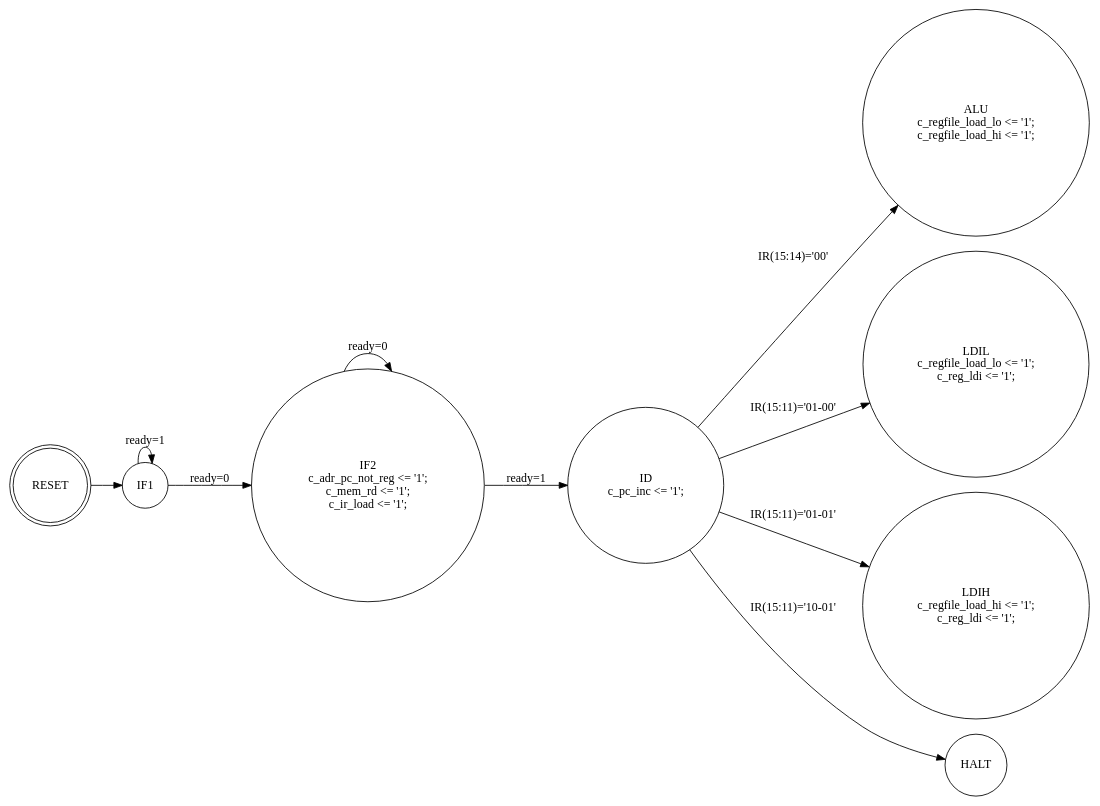
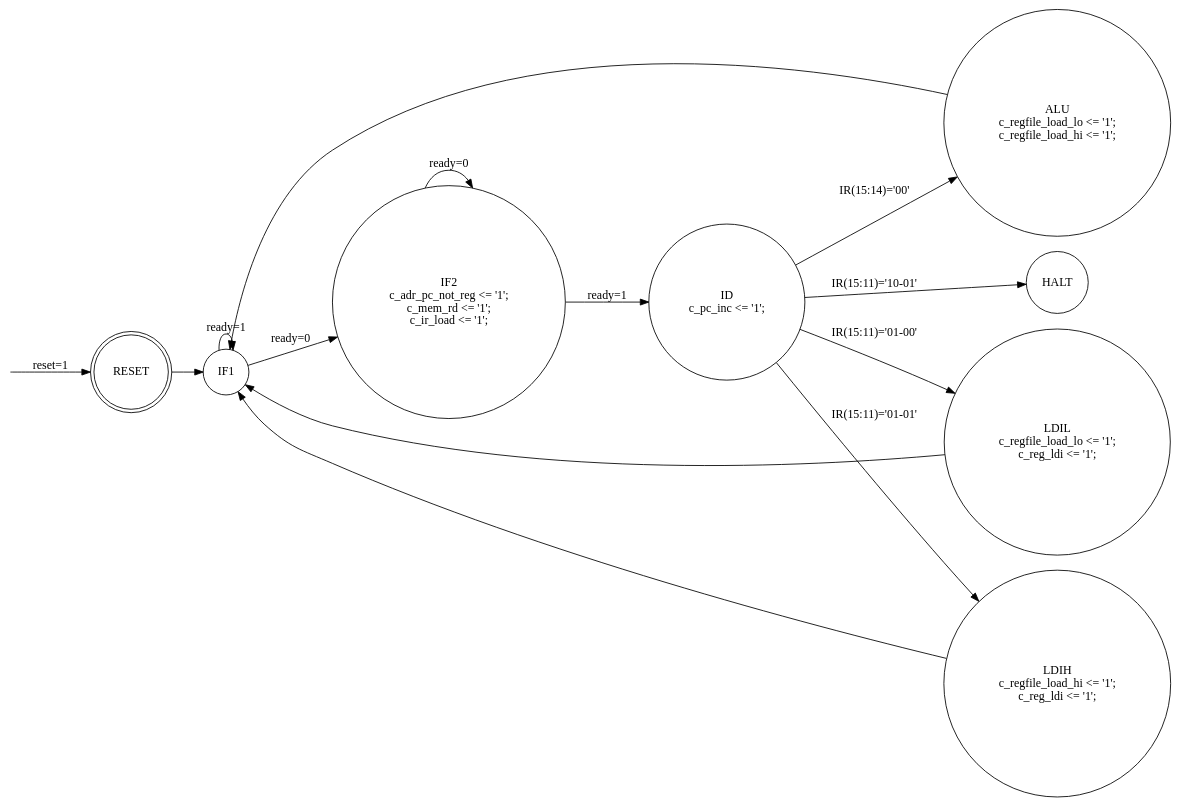
The diagram in controller/state_transition_diagram.dot (kohnmart/hws-viscy-praktikum), drawn with Graphviz before and after one commit. The commit also changed 2 other files, not shown here.

```diff
--- a/controller/state_transition_diagram.dot
+++ b/controller/state_transition_diagram.dot
@@ -1,24 +1,29 @@
 digraph StateTransitionDiagram {
     rankdir=LR;  // Set the direction from left to right (LR)
 
     // Define the states
     reset [shape=doublecircle, label="RESET"];
     if1 [shape=circle, label="IF1"];
     if2 [shape=circle, label="IF2\nc_adr_pc_not_reg <= '1';\nc_mem_rd <= '1';\nc_ir_load <= '1';"];
     id [shape=circle, label="ID\nc_pc_inc <= '1';"];
     alu [shape=circle, label="ALU\nc_regfile_load_lo <= '1';\nc_regfile_load_hi <= '1';"];
     ldil [shape=circle, label="LDIL\nc_regfile_load_lo <= '1';\nc_reg_ldi <= '1';"];
     ldih [shape=circle, label="LDIH\nc_regfile_load_hi <= '1';\nc_reg_ldi <= '1';"];
     halt [shape=circle, label="HALT"];
+    null [label="", shape=none, height=.0, width=.0];
 
     // Define the transitions
     reset -> if1 [label=""];
     if1 -> if1 [label="ready=1"];
     if1 -> if2 [label="ready=0"];
     if2 -> if2 [label="ready=0"];
     if2 -> id [label="ready=1"];
     id  -> alu [label="IR(15:14)='00'"];
     id  -> ldil [label="IR(15:11)='01-00'"];
     id  -> ldih [label="IR(15:11)='01-01'"];
     id  -> halt [label="IR(15:11)='10-01'"];
+	alu -> if1;
+    ldil -> if1;
+    ldih -> if1;
+    null -> reset [label="reset=1"];
 }
```
